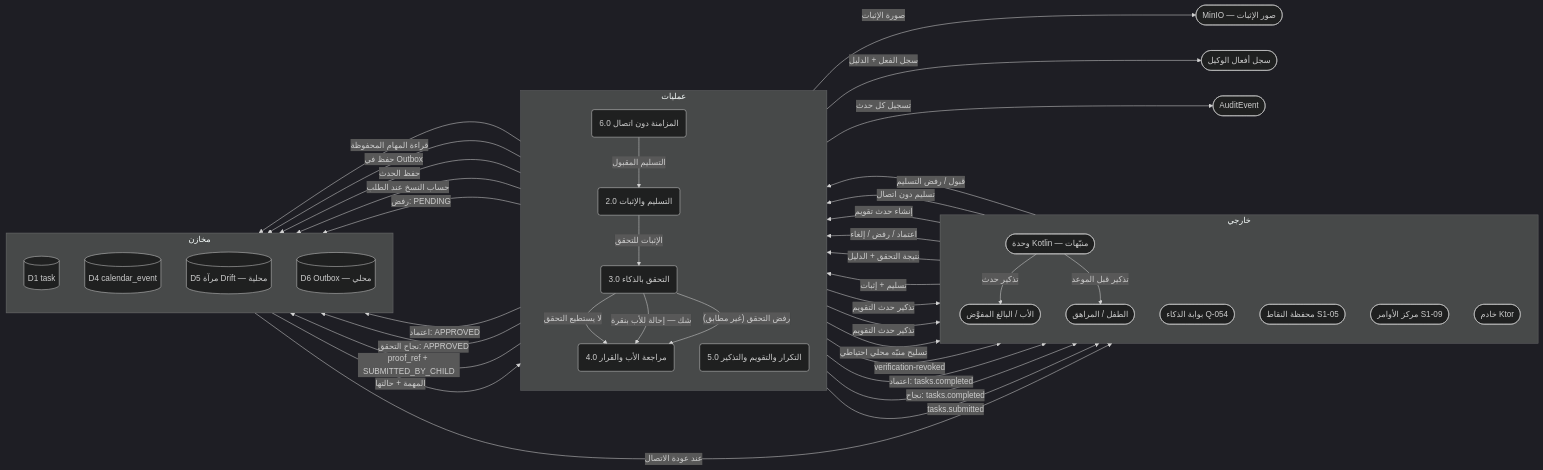
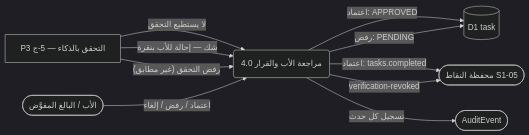
Diagram 24 of 30 in docs/family-os/governance/phases/phase-1/S1-06-tasks-and-calendar/DIAGRAMS.md (Bassam-mohammed-alqaeadi/family-os-v2), drawn with Mermaid (dark theme) before and after one commit. The commit also changed other lines of this file, not shown here.

````diff
--- a/docs/family-os/governance/phases/phase-1/S1-06-tasks-and-calendar/DIAGRAMS.md
+++ b/docs/family-os/governance/phases/phase-1/S1-06-tasks-and-calendar/DIAGRAMS.md
@@ -682,66 +839,19 @@
 ```mermaid
 flowchart LR
-    subgraph ExtB [خارجي]
-        direction TB
-        Father([الأب / البالغ المفوَّض])
-        Child([الطفل / المراهق])
-        AI([بوابة الذكاء Q-054])
-        S105([محفظة النقاط S1-05])
-        S109([مركز الأوامر S1-09])
-        Kotlin([وحدة Kotlin — منبّهات])
-        Ktor([خادم Ktor])
-    end
-    subgraph ProcB [عمليات]
-        direction TB
-        P2(2.0 التسليم والإثبات)
-        P3(3.0 التحقق بالذكاء)
-        P4(4.0 مراجعة الأب والقرار)
-        P5(5.0 التكرار والتقويم والتذكير)
-        P6(6.0 المزامنة دون اتصال)
-    end
-    subgraph StoresB [مخازن]
-        direction TB
-        D1[(D1 task)]
-        D4[(D4 calendar_event)]
-        D5[(D5 مرآة Drift — محلية)]
-        D6[(D6 Outbox — محلي)]
-    end
+    Father([الأب / البالغ المفوَّض])
+    D1[(D1 task)]
+    S105([محفظة النقاط S1-05])
+    Audit([AuditEvent])
+    P4(4.0 مراجعة الأب والقرار)
+    P3x["P3 التحقق بالذكاء — 5-ج"]
 
-    Audit([AuditEvent])
-    AgentActionLog([سجل أفعال الوكيل])
-    MinIO([MinIO — صور الإثبات])
-
-    D1 -->|المهمة + حالتها| P2
-    Child -->|تسليم + إثبات| P2
-    P2 -->|صورة الإثبات| MinIO
-    P2 -->|proof_ref + SUBMITTED_BY_CHILD| D1
-    P2 -->|"tasks.submitted"| S109
-    P2 -->|الإثبات للتحقق| P3
-    AI -->|نتيجة التحقق + الدليل| P3
-    P3 -->|نجاح: tasks.completed| S105
-    P3 -->|نجاح التحقق: APPROVED| D1
-    P3 -->|لا يستطيع التحقق| P4
-    P3 -->|شك — إحالة للأب بنقرة| P4
-    P3 -->|سجل الفعل + الدليل| AgentActionLog
-    P3 -->|"رفض التحقق (غير مطابق)"| P4
+    P3x -->|لا يستطيع التحقق| P4
+    P3x -->|شك — إحالة للأب بنقرة| P4
+    P3x -->|"رفض التحقق (غير مطابق)"| P4
     Father -->|اعتماد / رفض / إلغاء| P4
     P4 -->|اعتماد: APPROVED| D1
     P4 -->|اعتماد: tasks.completed| S105
     P4 -->|رفض: PENDING| D1
     P4 -->|"verification-revoked"| S105
     P4 -->|تسجيل كل حدث| Audit
-    P5 -->|حساب النسخ عند الطلب| D1
-    Father -->|إنشاء حدث تقويم| P5
-    P5 -->|حفظ الحدث| D4
-    P5 -->|تسليح منبّه محلي احتياطي| Kotlin
-    Kotlin -->|تذكير قبل الموعد| Child
-    Kotlin -->|تذكير حدث| Father
-    P5 -->|تذكير حدث التقويم| Child
-    P5 -->|تذكير حدث التقويم| Father
-    Child -->|تسليم دون اتصال| P6
-    P6 -->|حفظ في Outbox| D6
-    P6 -->|قراءة المهام المحفوظة| D5
-    D6 -->|عند عودة الاتصال| Ktor
-    Ktor -->|قبول / رفض التسليم| P6
-    P6 -->|التسليم المقبول| P2
 ```
````
